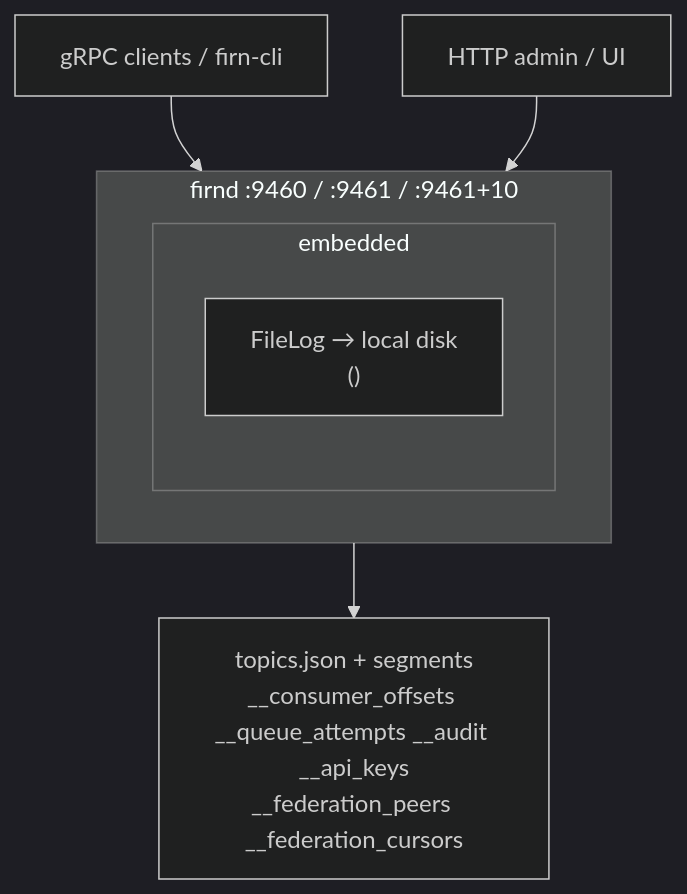
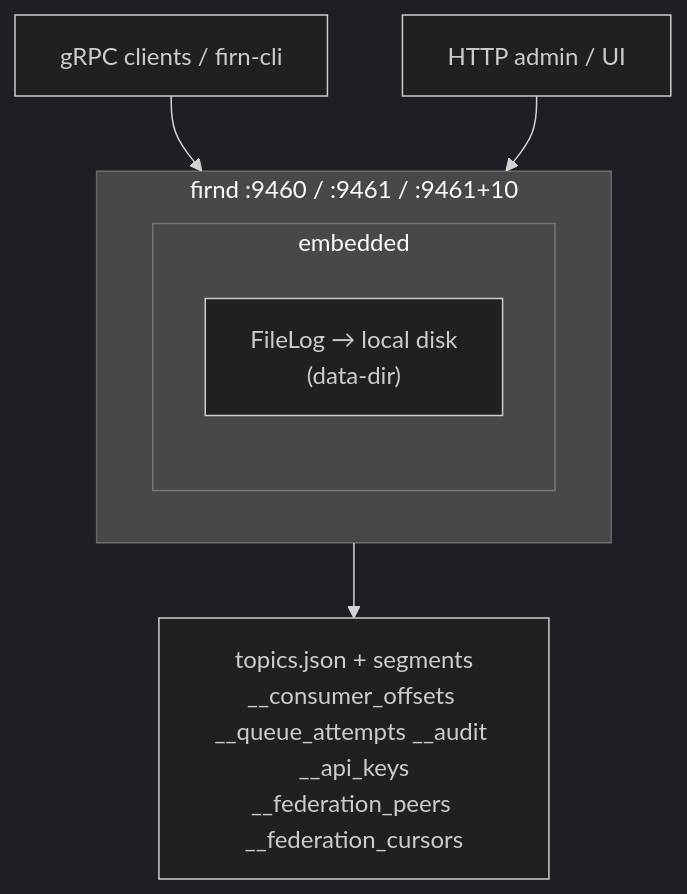
One commit to rahulkj/firn changed diagram 11 of 14 in docs/adr/012-architecture.md. Above: the diagram before and after it, drawn with Mermaid (dark theme). The commit also changed other lines of this file, not shown here.

Commit message:
docs(adr-012): strip HTML-like tags from flowchart labels
'<data-dir>' in quoted mermaid node labels parses as an HTML tag and the
label silently drops it on render; replaced with parentheses. Angle-bracketed
text elsewhere in the file sits in sequenceDiagram blocks (plain text,
renders literally) and tables/prose (fine), so it stays as-is.

````diff
--- a/docs/adr/012-architecture.md
+++ b/docs/adr/012-architecture.md
@@ -433,12 +433,12 @@
 ```mermaid
 flowchart TB
     client["gRPC clients / firn-cli"] --> node
     admin["HTTP admin / UI"] --> node
     subgraph node["firnd :9460 / :9461 / :9461+10"]
         direction LR
         subgraph internals[embedded]
-            flog["FileLog → local disk<br/>(<data-dir>)"]
+            flog["FileLog → local disk<br/>(data-dir)"]
         end
     end
     node --> disk["topics.json + segments<br/>__consumer_offsets __queue_attempts __audit __api_keys<br/>__federation_peers __federation_cursors"]
 ```
````
